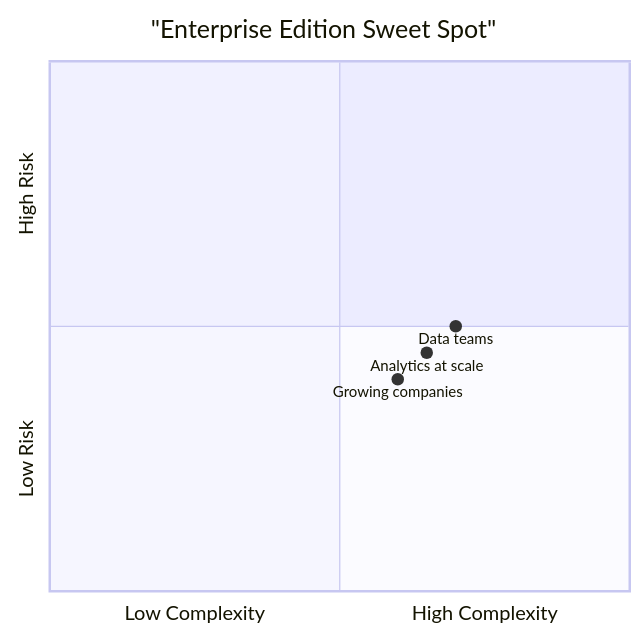
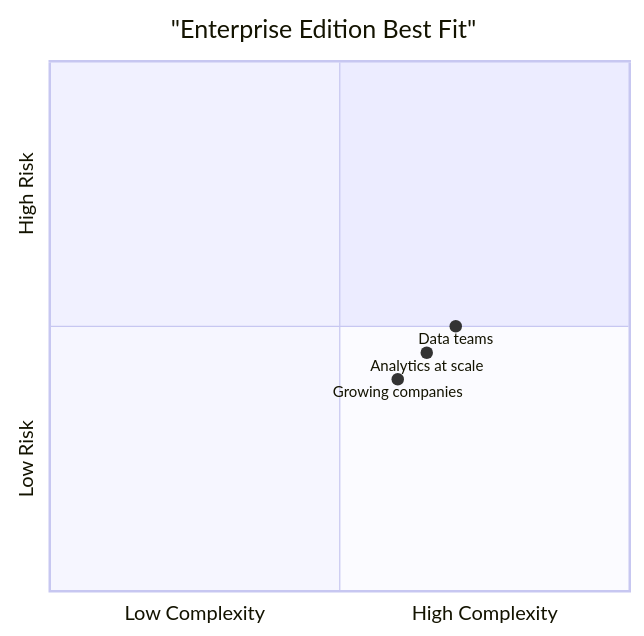
One commit to Balasubramanian-pg/COF-CO3 changed the third of 7 diagrams in Domain 1.0 Snowflake AI Data Cloud Features and Architecture/1.1 Snowflake Architecture/Snowflake Editions/Compare and Contrast Snowflake Editions.md. Above: the diagram before and after it, drawn with Mermaid. The commit also changed other lines of this file, not shown here.

````diff
--- a/Domain 1.0 Snowflake AI Data Cloud Features and Architecture/1.1 Snowflake Architecture/Snowflake Editions/Compare and Contrast Snowflake Editions.md
+++ b/Domain 1.0 Snowflake AI Data Cloud Features and Architecture/1.1 Snowflake Architecture/Snowflake Editions/Compare and Contrast Snowflake Editions.md
@@ -59,9 +56,9 @@
 ```mermaid
 quadrantChart
-    title "Enterprise Edition Sweet Spot"
+    title "Enterprise Edition Best Fit"
     x-axis "Low Complexity" --> "High Complexity"
     y-axis "Low Risk" --> "High Risk"
     "Growing companies": [0.6, 0.4]
     "Data teams": [0.7, 0.5]
     "Analytics at scale": [0.65, 0.45]
 ```
````
